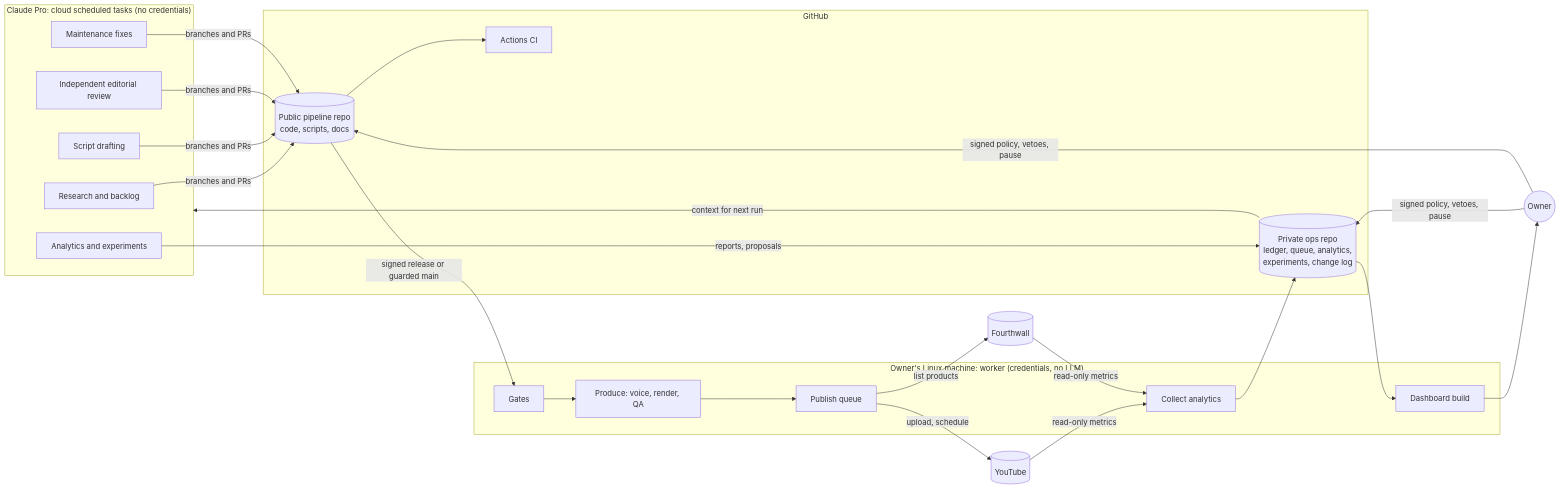
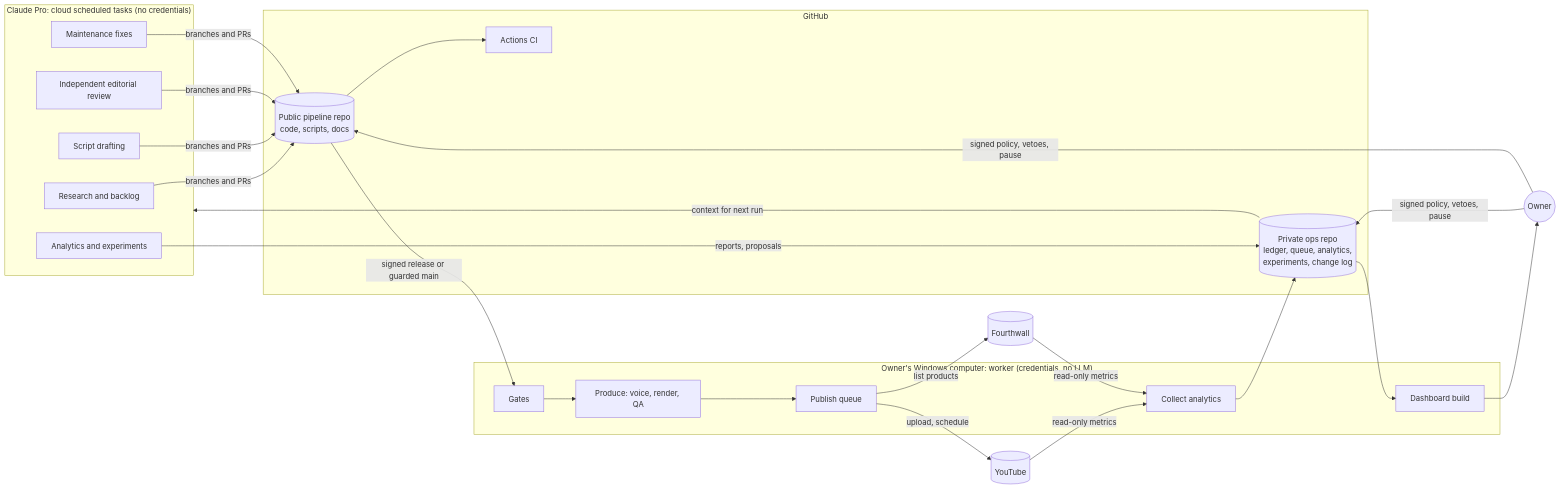
One commit to rjyates/lightbulb-lab-pipeline changed the first of 3 diagrams in docs/autonomy/proposal.md. Above: the diagram before and after it, drawn with Mermaid. The commit also changed other lines of this file and 1 other file, not shown here.

First line of the commit message:
Plan the worker on native Windows instead of a Linux laptop

````diff
--- a/docs/autonomy/proposal.md
+++ b/docs/autonomy/proposal.md
@@ -167,36 +167,36 @@
 ```mermaid
 flowchart LR
     subgraph Cloud["Claude Pro: cloud scheduled tasks (no credentials)"]
         R[Research and backlog]
         D[Script drafting]
         V[Independent editorial review]
         A[Analytics and experiments]
         M[Maintenance fixes]
     end
     subgraph GH["GitHub"]
         PUB[(Public pipeline repo<br/>code, scripts, docs)]
         OPS[(Private ops repo<br/>ledger, queue, analytics,<br/>experiments, change log)]
         CI[Actions CI]
     end
-    subgraph Home["Owner's Linux machine: worker (credentials, no LLM)"]
+    subgraph Home["Owner's Windows computer: worker (credentials, no LLM)"]
         G[Gates]
         P[Produce: voice, render, QA]
         Q[Publish queue]
         C[Collect analytics]
         DB[Dashboard build]
     end
     YT[(YouTube)]
     FW[(Fourthwall)]
     Owner((Owner))
 
     R & D & V & M -->|branches and PRs| PUB
     A -->|reports, proposals| OPS
     PUB --> CI
     PUB -->|signed release or guarded main| G --> P --> Q
     Q -->|upload, schedule| YT
     Q -->|list products| FW
     YT & FW -->|read-only metrics| C --> OPS
     OPS --> DB --> Owner
     OPS -->|context for next run| Cloud
     Owner -->|signed policy, vetoes, pause| OPS & PUB
 ```
````
